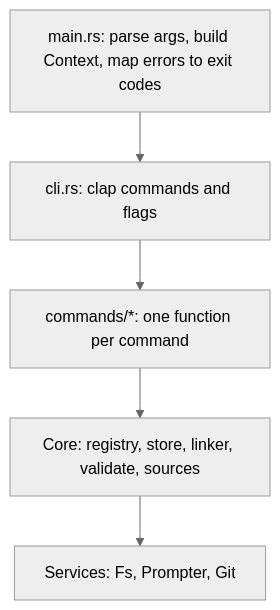
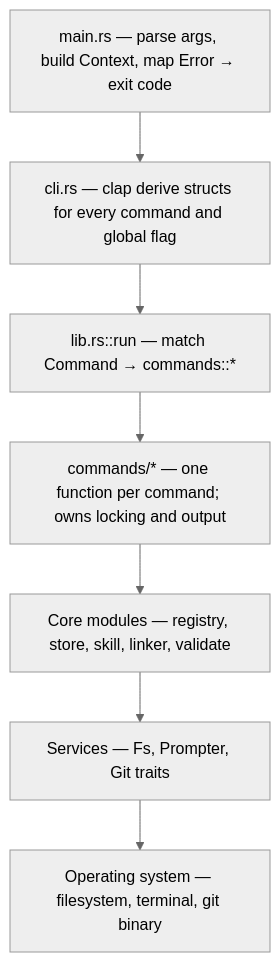
The first of 4 diagrams in wiki/Architecture.md (abindran/skillctl), drawn with Mermaid (neutral theme) before and after one commit. The commit also changed other lines of this file and 8 other files, not shown here.

First line of the commit message:
Add README and restrict wiki to technical architecture

````diff
--- a/wiki/Architecture.md
+++ b/wiki/Architecture.md
@@ -21,9 +7,11 @@
 ```mermaid
 flowchart TD
-    main[main.rs: parse args, build Context, map errors to exit codes]
-    cli[cli.rs: clap commands and flags]
-    cmds[commands/*: one function per command]
-    core[Core: registry, store, linker, validate, sources]
-    svc[Services: Fs, Prompter, Git]
-    main --> cli --> cmds --> core --> svc
+    main["main.rs — parse args, build Context, map Error → exit code"]
+    cli["cli.rs — clap derive structs for every command and global flag"]
+    dispatch["lib.rs::run — match Command → commands::*"]
+    cmds["commands/* — one function per command; owns locking and output"]
+    core["Core modules — registry, store, skill, linker, validate"]
+    svc["Services — Fs, Prompter, Git traits"]
+    os["Operating system — filesystem, terminal, git binary"]
+    main --> cli --> dispatch --> cmds --> core --> svc --> os
 ```
````
